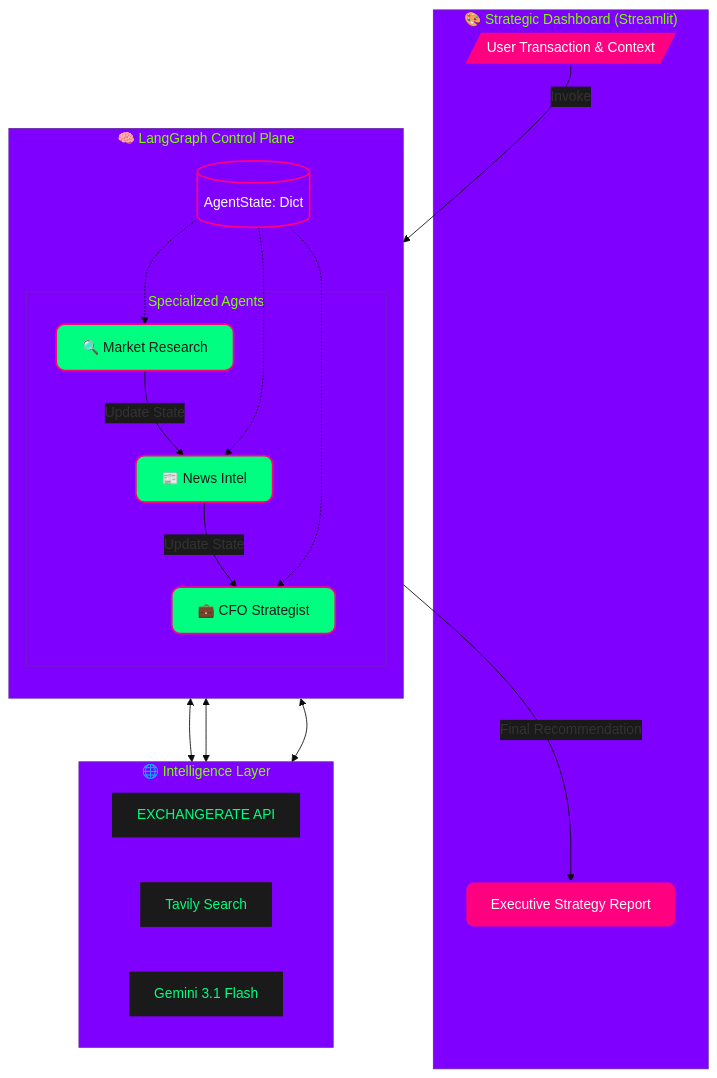
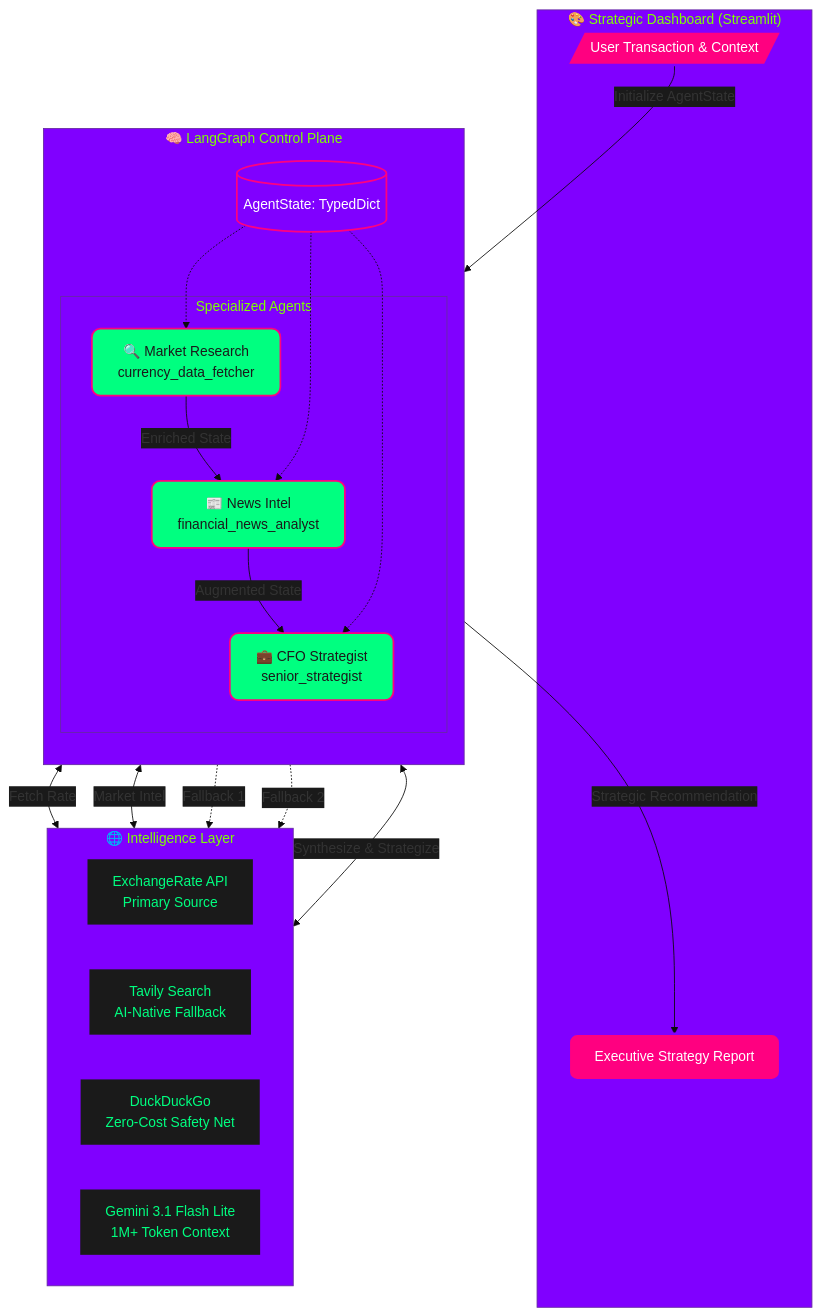
One commit to Ajeesh25353646/langchain-langraph-apps changed the first of 2 diagrams in Advanced_apps/Advanced_Strategic_Finance_Agent/README.md. Above: the diagram before and after it, drawn with Mermaid. The commit also changed other lines of this file and 2 other files, not shown here.

First line of the commit message:
docs: rewrite Finance Agent README, add architecture page and .env.example

````diff
--- a/Advanced_apps/Advanced_Strategic_Finance_Agent/README.md
+++ b/Advanced_apps/Advanced_Strategic_Finance_Agent/README.md
@@ -43,48 +47,55 @@
 ```mermaid
 %%{init: {'theme': 'base', 'themeVariables': { 'primaryColor': '#FF0080', 'edgeLabelBackground':'#1a1a1a', 'tertiaryColor': '#8000FF'}}}%%
 flowchart TD
     subgraph UI["🎨 Strategic Dashboard (Streamlit)"]
         Input[/User Transaction & Context/]:::primary
         Report[Executive Strategy Report]:::primary
     end
 
     subgraph Orchestration["🧠 LangGraph Control Plane"]
         direction TB
-        State[(AgentState: Dict)]:::accent
+        State[(AgentState: TypedDict)]:::accent
         
         subgraph Nodes["Specialized Agents"]
-            Market[🔍 Market Research]:::secondary
-            News[📰 News Intel]:::secondary
-            CFO[💼 CFO Strategist]:::secondary
+            Market[🔍 Market Research<br/>currency_data_fetcher]:::secondary
+            News[📰 News Intel<br/>financial_news_analyst]:::secondary
+            CFO[💼 CFO Strategist<br/>senior_strategist]:::secondary
         end
     end
 
     subgraph DataPlane["🌐 Intelligence Layer"]
         direction LR
-        FXAPI[EXCHANGERATE API]:::tools
-        Tavily[Tavily Search]:::tools
-        Gemini[Gemini 3.1 Flash]:::tools
+        FXAPI[ExchangeRate API<br/>Primary Source]:::tools
+        Tavily[Tavily Search<br/>AI-Native Fallback]:::tools
+        DDG[DuckDuckGo<br/>Zero-Cost Safety Net]:::tools
+        Gemini[Gemini 3.1 Flash Lite<br/>1M+ Token Context]:::tools
     end
 
     %% Flow
-    Input -->|Invoke| Market
-    Market -->|Update State| News
-    News -->|Update State| CFO
-    CFO -->|Final Recommendation| Report
+    Input -->|Initialize AgentState| Market
+    Market -->|Enriched State| News
+    News -->|Augmented State| CFO
+    CFO -->|Strategic Recommendation| Report
 
-    %% Tool Bindings
-    Market <--> FXAPI
-    News <--> Tavily
-    CFO <--> Gemini
+    %% Primary Path
+    Market <-->|Fetch Rate| FXAPI
+    News <-->|Market Intel| Tavily
+    
+    %% Fallback Paths (3-Tier)
+    Market -.->|Fallback 1| Tavily
+    Market -.->|Fallback 2| DDG
+    
+    %% Reasoning
+    CFO <-->|Synthesize & Strategize| Gemini
     
     %% State Mapping
     State -.-> Market
     State -.-> News
     State -.-> CFO
 
     %% Styling
     classDef primary fill:#FF0080,color:#fff,stroke:#8000FF,stroke-width:3px,rx:10
     classDef secondary fill:#00FF80,color:#1a1a1a,stroke:#FF0080,stroke-width:2px,rx:10
     classDef accent fill:#8000FF,color:#fff,stroke:#FF0080,stroke-width:2px
     classDef tools fill:#1a1a1a,color:#00FF80,stroke:#8000FF,stroke-width:2px
 ```
````
